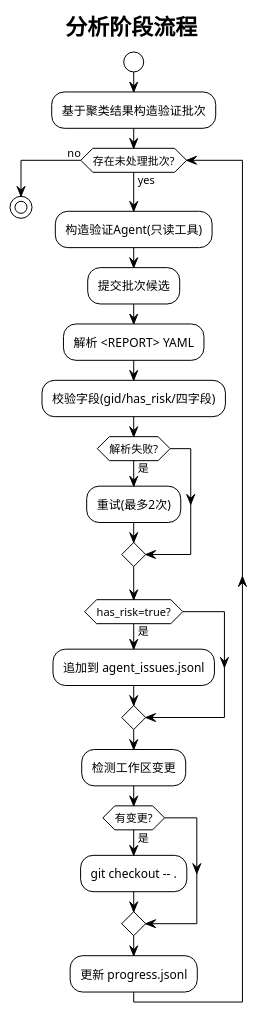
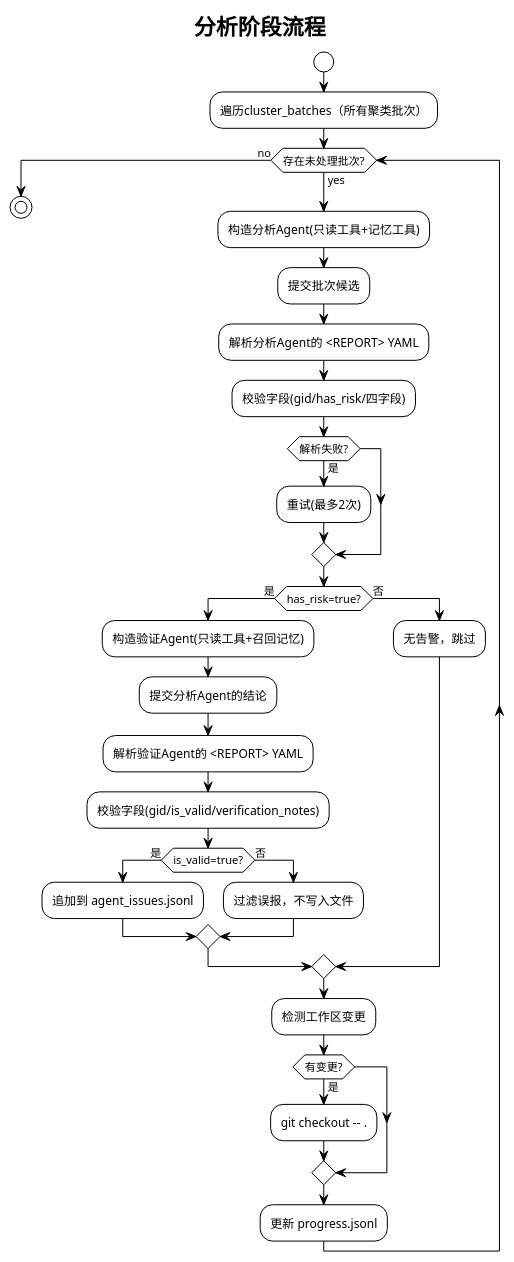
One commit to skyfireitdiy/Jarvis changed diagram 38 of 60 in 技术报告.md. Above: the diagram before and after it, drawn with PlantUML. The commit also changed other lines of this file and 1 other file, not shown here.

````diff
--- a/技术报告.md
+++ b/技术报告.md
@@ -3304,27 +3381,37 @@
 ```plantuml
 @startuml
 !theme plain
 title 分析阶段流程
 
 start
-:基于聚类结果构造验证批次;
+:遍历cluster_batches（所有聚类批次）;
 while (存在未处理批次?) is (yes)
-  :构造验证Agent(只读工具);
+  :构造分析Agent(只读工具+记忆工具);
   :提交批次候选;
-  :解析 <REPORT> YAML;
+  :解析分析Agent的 <REPORT> YAML;
   :校验字段(gid/has_risk/四字段);
   if (解析失败?) then (是)
     :重试(最多2次);
   endif
   if (has_risk=true?) then (是)
-    :追加到 agent_issues.jsonl;
+    :构造验证Agent(只读工具+召回记忆);
+    :提交分析Agent的结论;
+    :解析验证Agent的 <REPORT> YAML;
+    :校验字段(gid/is_valid/verification_notes);
+    if (is_valid=true?) then (是)
+      :追加到 agent_issues.jsonl;
+    else (否)
+      :过滤误报，不写入文件;
+    endif
+  else (否)
+    :无告警，跳过;
   endif
   :检测工作区变更;
   if (有变更?) then (是)
     :git checkout -- .;
   endif
   :更新 progress.jsonl;
 endwhile (no)
 stop
 @enduml
 ```
````
